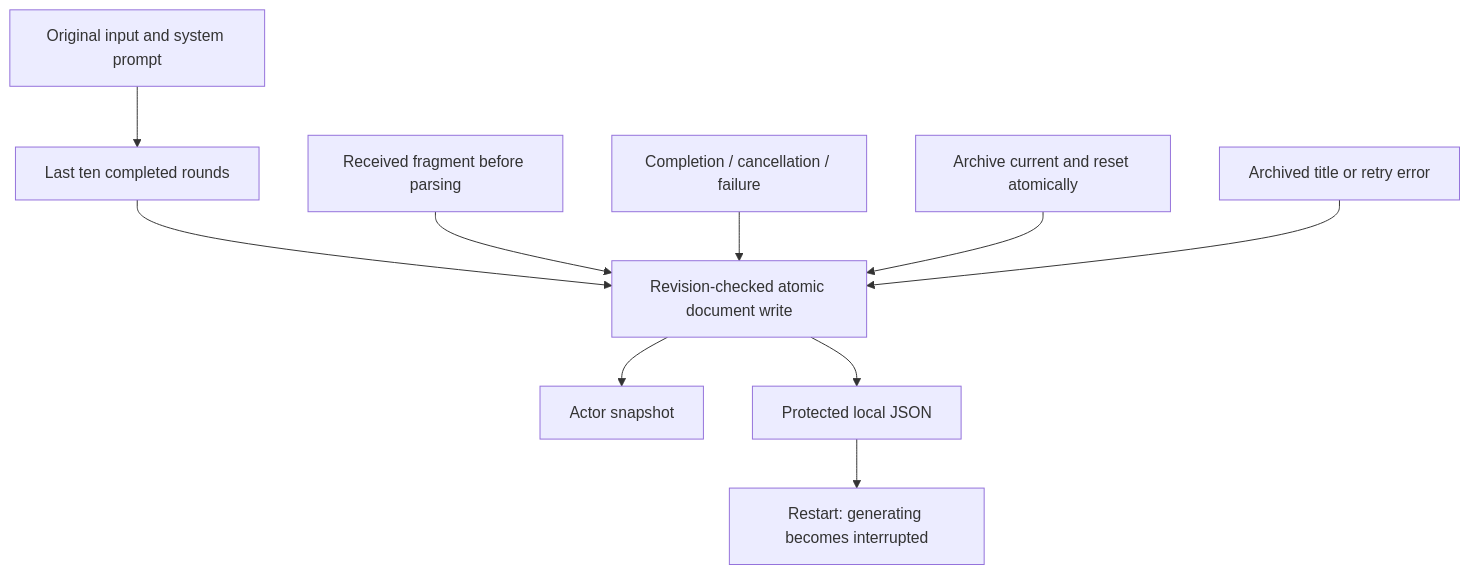
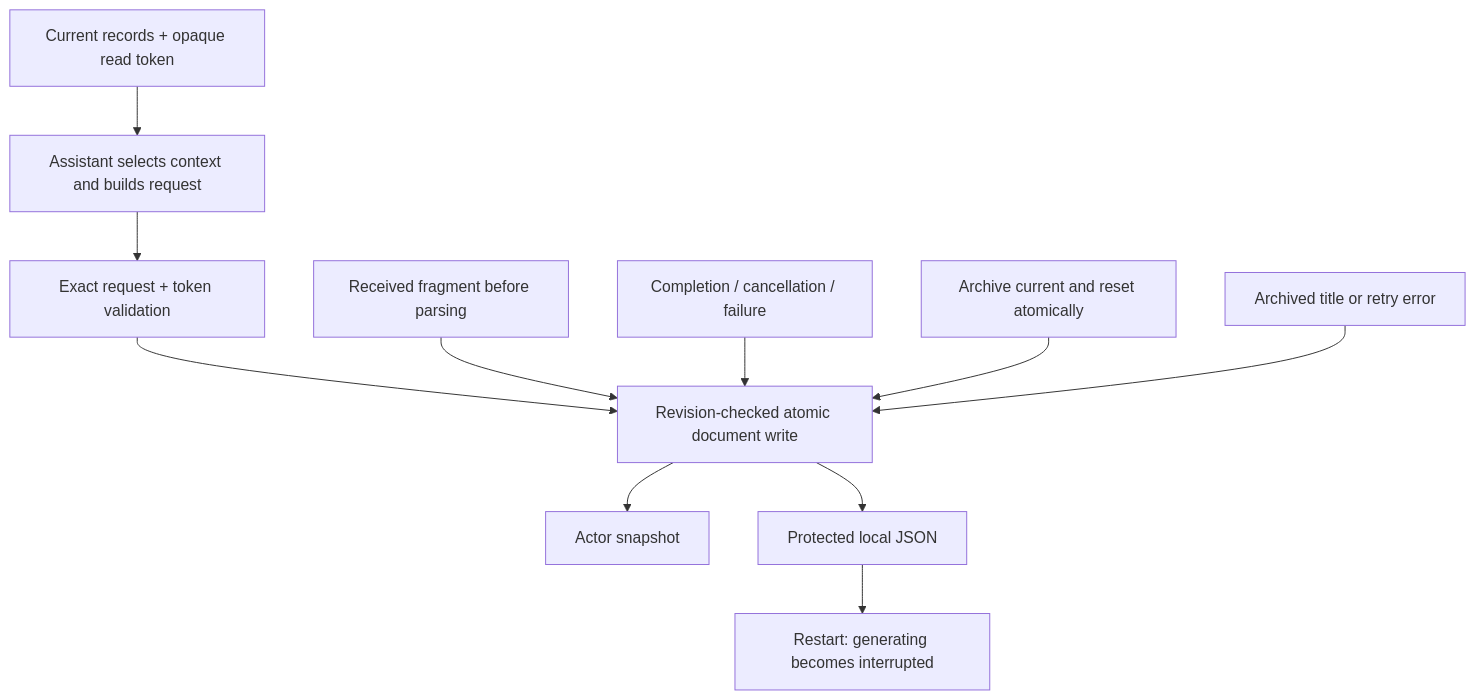
One commit to devilyouwei/MobileHarness changed the first of 2 diagrams in MobileHarness/Storage/Chat/README.md. Above: the diagram before and after it, drawn with Mermaid. The commit also changed other lines of this file and 44 other files, not shown here.

````diff
--- a/MobileHarness/Storage/Chat/README.md
+++ b/MobileHarness/Storage/Chat/README.md
@@ -26,12 +26,13 @@
 ```mermaid
 flowchart TD
-    Begin[Original input and system prompt] --> Context[Last ten completed rounds]
-    Context --> Commit[Revision-checked atomic document write]
+    Read[Current records + opaque read token] --> Caller[Assistant selects context and builds request]
+    Caller --> Fence[Exact request + token validation]
+    Fence --> Commit[Revision-checked atomic document write]
     Delta[Received fragment before parsing] --> Commit
     End[Completion / cancellation / failure] --> Commit
     New[Archive current and reset atomically] --> Commit
     Title[Archived title or retry error] --> Commit
     Commit --> Cache[Actor snapshot]
     Commit --> Disk[Protected local JSON]
     Disk --> Recover[Restart: generating becomes interrupted]
 ```
````
